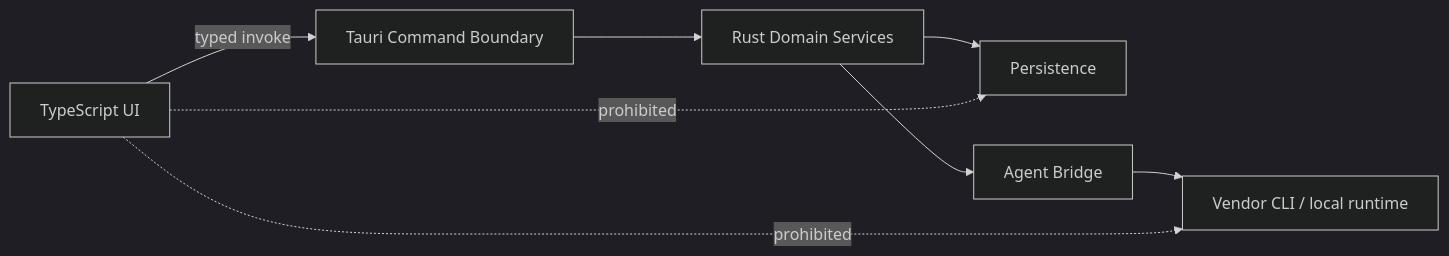
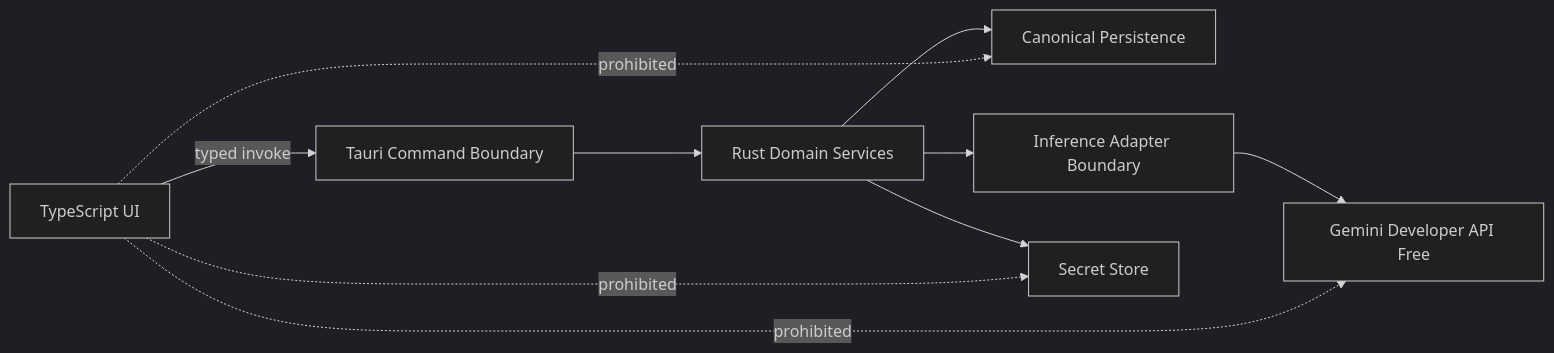
The diagram in docs/rfc/RFC-0001-tauri-rust-revival.md (Knapp-Kevin/B.O.B.), drawn with Mermaid (dark theme) before and after one commit. The commit also changed other lines of this file, not shown here.

````diff
--- a/docs/rfc/RFC-0001-tauri-rust-revival.md
+++ b/docs/rfc/RFC-0001-tauri-rust-revival.md
@@ -66,11 +73,13 @@
 ```mermaid
 flowchart LR
     WEB[TypeScript UI] -->|typed invoke| CMD[Tauri Command Boundary]
     CMD --> DOMAIN[Rust Domain Services]
-    DOMAIN --> STORE[Persistence]
-    DOMAIN --> AGENT[Agent Bridge]
-    AGENT --> PROC[Vendor CLI / local runtime]
+    DOMAIN --> STORE[Canonical Persistence]
+    DOMAIN --> INFER[Inference Adapter Boundary]
+    DOMAIN --> SECRET[Secret Store]
+    INFER --> GEMINI[Gemini Developer API Free]
 
-    WEB -. prohibited .-> PROC
+    WEB -. prohibited .-> GEMINI
     WEB -. prohibited .-> STORE
+    WEB -. prohibited .-> SECRET
 ```
````
